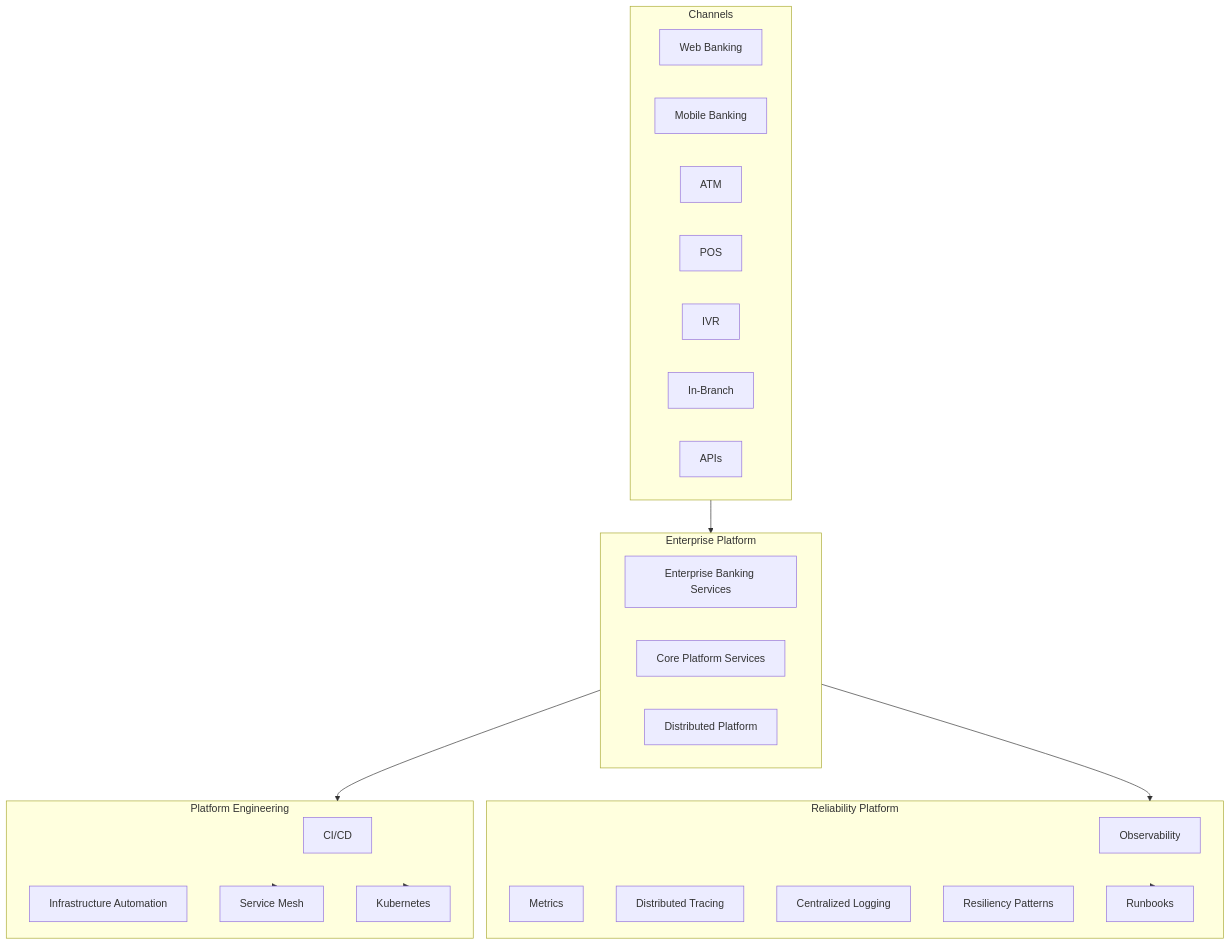
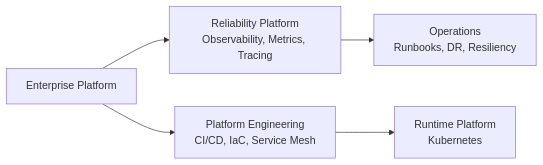
One commit to VishChandran/epos changed the seventh of 8 diagrams in docs/architecture/software-architecture.md. Above: the diagram before and after it, drawn with Mermaid. The commit also changed other lines of this file, not shown here.

Commit message:
docs(architecture): simplify interim architecture diagrams

````diff
--- a/docs/architecture/software-architecture.md
+++ b/docs/architecture/software-architecture.md
@@ -348,42 +216,13 @@
 ```mermaid
-flowchart TB
+flowchart LR
+    Platform[Enterprise Platform]
+    Reliability[Reliability Platform<br/>Observability, Metrics, Tracing]
+    Engineering[Platform Engineering<br/>CI/CD, IaC, Service Mesh]
+    Runtime[Runtime Platform<br/>Kubernetes]
+    Operations[Operations<br/>Runbooks, DR, Resiliency]
 
-subgraph Channels
-    Web[Web Banking]
-    Mobile[Mobile Banking]
-    ATM[ATM]
-    POS[POS]
-    IVR[IVR]
-    InBranch[In-Branch]
-    APIs[APIs]
-end
-
-subgraph EnterprisePlatform[Enterprise Platform]
-    Banking[Enterprise Banking Services]
-    PlatformServices[Core Platform Services]
-    Distributed[Distributed Platform]
-end
-
-subgraph ReliabilityPlatform[Reliability Platform]
-    Observability[Observability]
-    Metrics[Metrics]
-    Tracing[Distributed Tracing]
-    Logging[Centralized Logging]
-    Resiliency[Resiliency Patterns]
-    Runbooks[Runbooks]
-end
-
-subgraph PlatformEngineering[Platform Engineering]
-    CICD[CI/CD]
-    IaC[Infrastructure Automation]
-    ServiceMesh[Service Mesh]
-    Kubernetes[Kubernetes]
-end
-
-Channels --> EnterprisePlatform
-EnterprisePlatform --> ReliabilityPlatform
-EnterprisePlatform --> PlatformEngineering
-PlatformEngineering --> Kubernetes
-PlatformEngineering --> ServiceMesh
-ReliabilityPlatform --> Runbooks
+    Platform --> Reliability
+    Platform --> Engineering
+    Engineering --> Runtime
+    Reliability --> Operations
 ```
````
